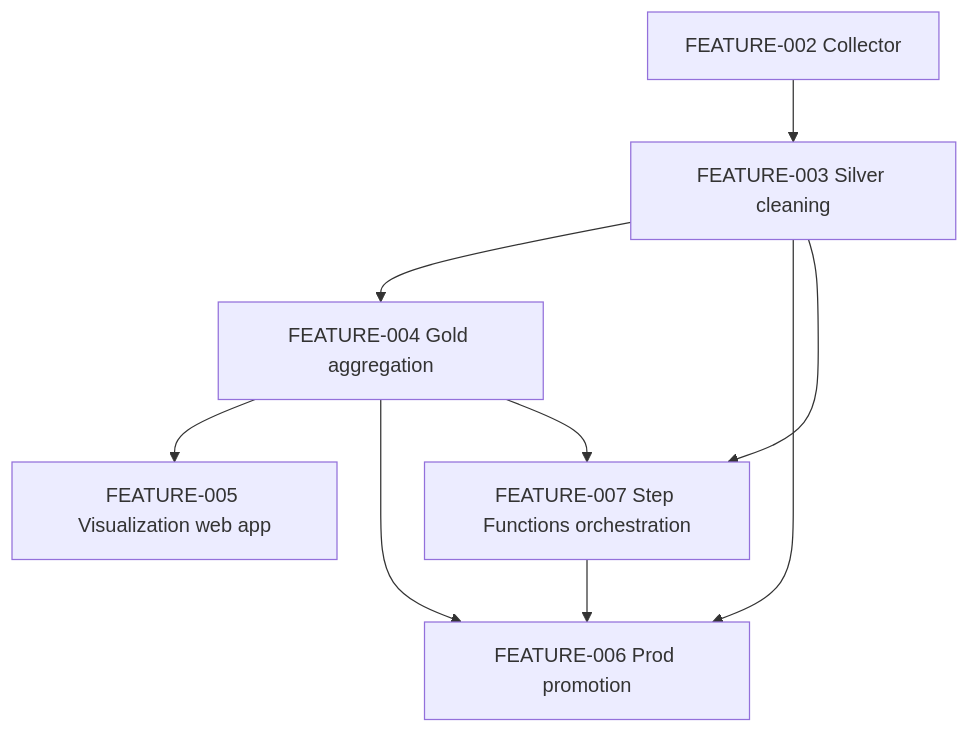
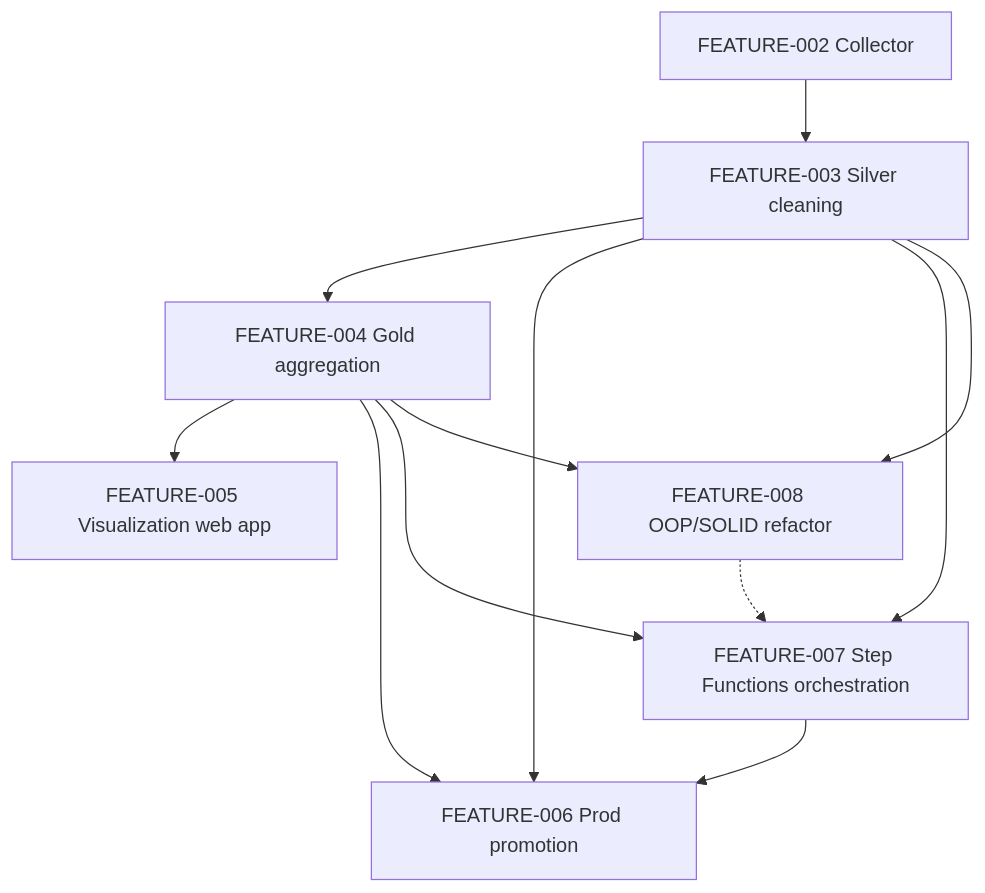
The diagram in dev/plans/README.md (LeopoldWalther/vlc-real-estate-analytics), drawn with Mermaid before and after one commit. The commit also changed other lines of this file and 6 other files, not shown here.

First line of the commit message:
docs(standards): embed OOP/SOLID/design-patterns in agents + showcase polish

````diff
--- a/dev/plans/README.md
+++ b/dev/plans/README.md
@@ -22,11 +23,14 @@
 ```mermaid
 graph TD
     F002[FEATURE-002 Collector] --> F003[FEATURE-003 Silver cleaning]
     F003 --> F004[FEATURE-004 Gold aggregation]
     F004 --> F005[FEATURE-005 Visualization web app]
     F003 --> F006[FEATURE-006 Prod promotion]
     F004 --> F006
     F003 --> F007[FEATURE-007 Step Functions orchestration]
     F004 --> F007
     F007 --> F006
+    F003 --> F008[FEATURE-008 OOP/SOLID refactor]
+    F004 --> F008
+    F008 -.-> F007
 ```
````
